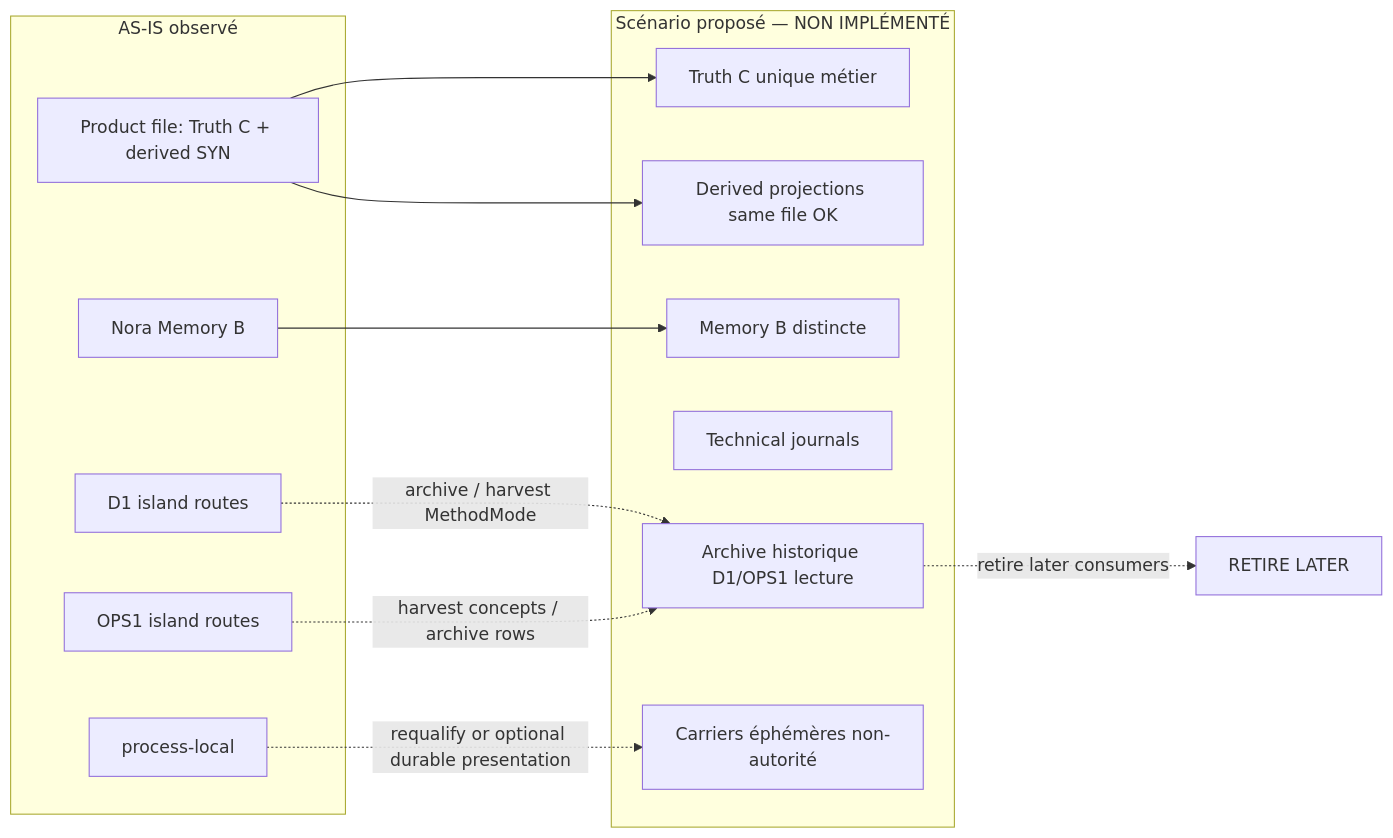
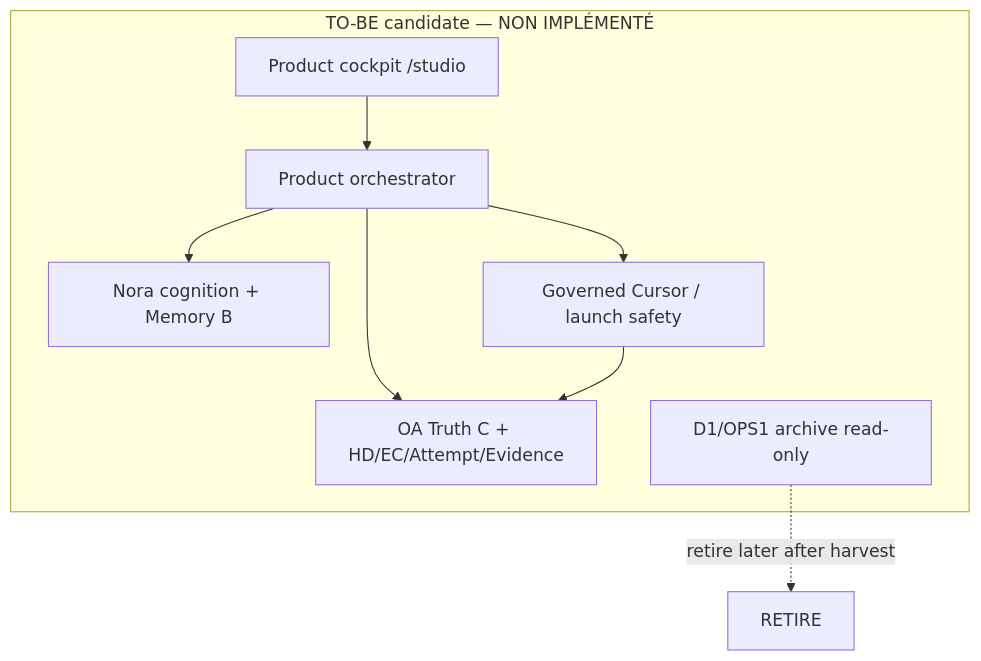
One commit to mcleland147/sfia-workspace changed the second of 3 diagrams in sfia-review-handoff/latest-chatgpt-review.md. Above: the diagram before and after it, drawn with Mermaid. The commit also changed other lines of this file, not shown here.

````diff
--- a/sfia-review-handoff/latest-chatgpt-review.md
+++ b/sfia-review-handoff/latest-chatgpt-review.md
@@ -413,25 +225,17 @@
 ```mermaid
-flowchart LR
-  subgraph ASIS["AS-IS observé"]
-    A1[Product file: Truth C + derived SYN]
-    A2[Nora Memory B]
-    A3[D1 island routes]
-    A4[OPS1 island routes]
-    A5[process-local]
+flowchart TB
+  subgraph TOBE["TO-BE candidate — NON IMPLÉMENTÉ"]
+    Cockpit[Product cockpit /studio]
+    Orch[Product orchestrator]
+    Cog[Nora cognition + Memory B]
+    Auth[OA Truth C + HD/EC/Attempt/Evidence]
+    Tech[Governed Cursor / launch safety]
+    Archive[D1/OPS1 archive read-only]
   end
-  subgraph TARGET["Scénario proposé — NON IMPLÉMENTÉ"]
-    T1[Truth C unique métier]
-    T1b[Derived projections same file OK]
-    T2[Memory B distincte]
-    T3[Technical journals]
-    T4[Archive historique D1/OPS1 lecture]
-    T5[Carriers éphémères non-autorité]
-  end
-  A1 --> T1
-  A1 --> T1b
-  A2 --> T2
-  A3 -.->|archive / harvest MethodMode| T4
-  A4 -.->|harvest concepts / archive rows| T4
-  A5 -.->|requalify or optional durable presentation| T5
-  T4 -.->|retire later consumers| X[RETIRE LATER]
+  Cockpit --> Orch
+  Orch --> Cog
+  Orch --> Auth
+  Orch --> Tech
+  Tech --> Auth
+  Archive -.->|retire later after harvest| X[RETIRE]
 ```
````
